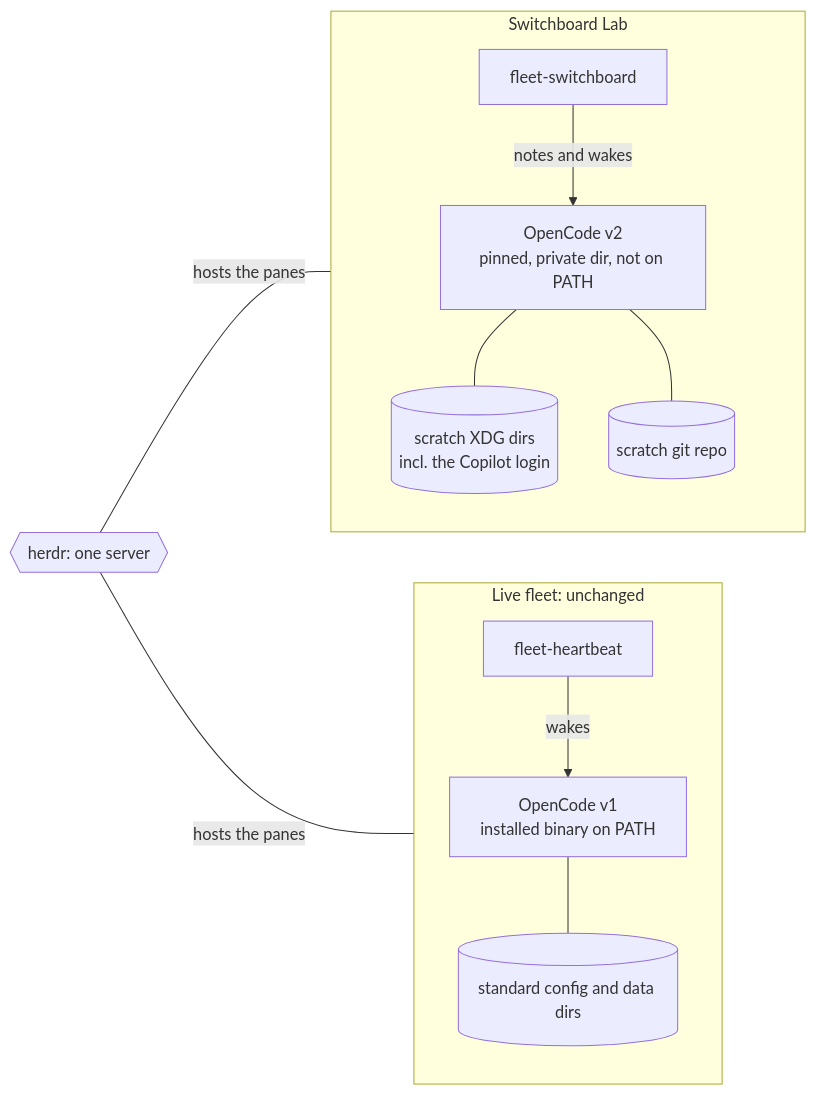
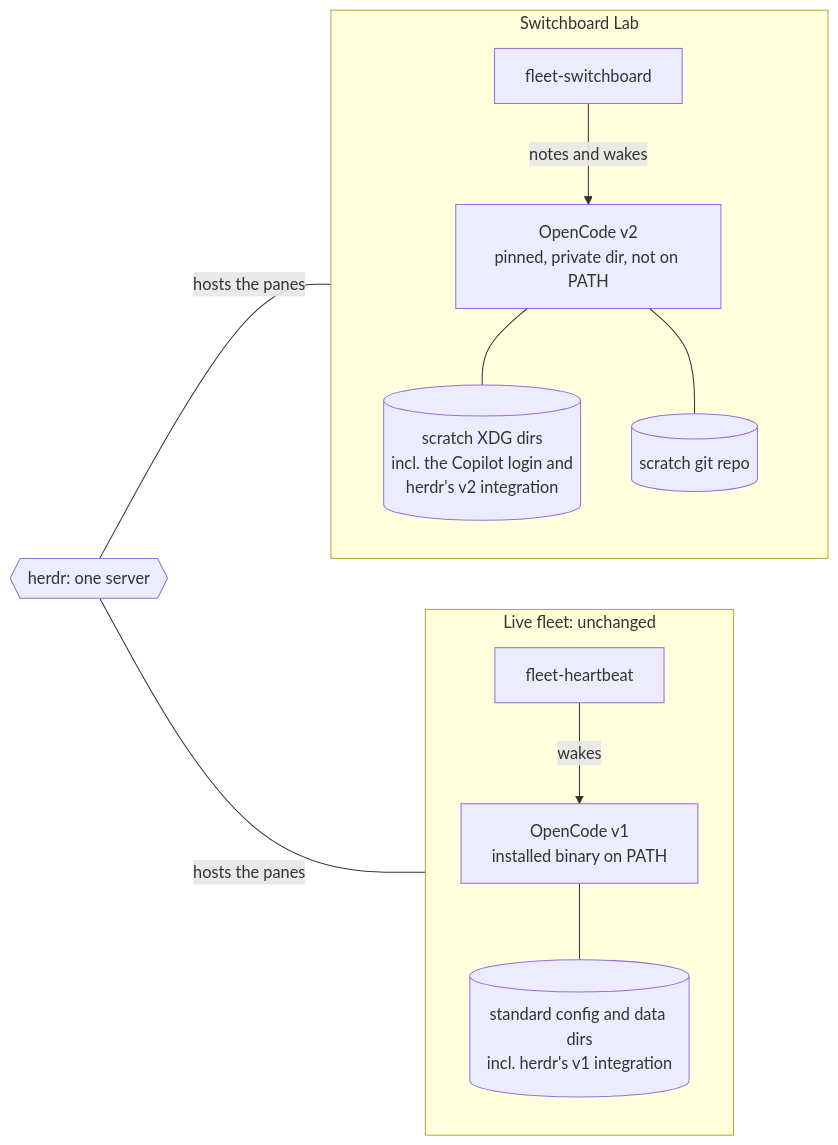
Diagram 11 of 11 in docs/switchboard.md (adamkaplan/fleet-kit), drawn with Mermaid before and after one commit. The commit also changed other lines of this file, not shown here.

First line of the commit message:
docs: switchboard: status from herdr, derived state, intent lines

````diff
--- a/docs/switchboard.md
+++ b/docs/switchboard.md
@@ -578,17 +630,17 @@
 ```mermaid
 flowchart LR
   herdr{{"herdr: one server"}}
   subgraph live["Live fleet: unchanged"]
     direction TB
     hb["fleet-heartbeat"] -- "wakes" --> v1["OpenCode v1<br/>installed binary on PATH"]
-    v1 --- v1data[("standard config and data dirs")]
+    v1 --- v1data[("standard config and data dirs<br/>incl. herdr's v1 integration")]
   end
   subgraph lab["Switchboard Lab"]
     direction TB
     sb["fleet-switchboard"] -- "notes and wakes" --> v2["OpenCode v2<br/>pinned, private dir, not on PATH"]
-    v2 --- v2data[("scratch XDG dirs<br/>incl. the Copilot login")]
+    v2 --- v2data[("scratch XDG dirs<br/>incl. the Copilot login and<br/>herdr's v2 integration")]
     v2 --- repo[("scratch git repo")]
   end
   herdr ---|"hosts the panes"| v1
   herdr ---|"hosts the panes"| v2
 ```
````
